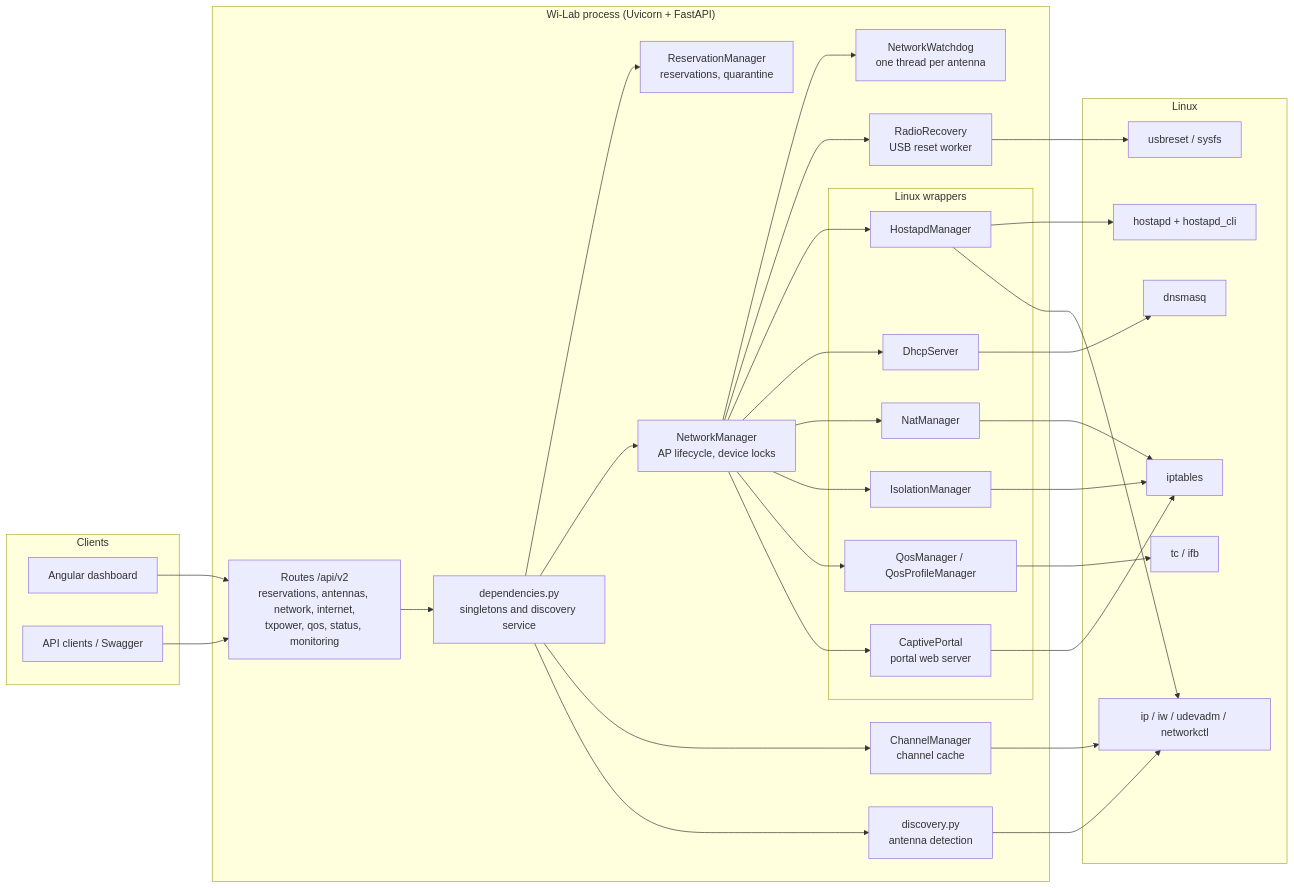
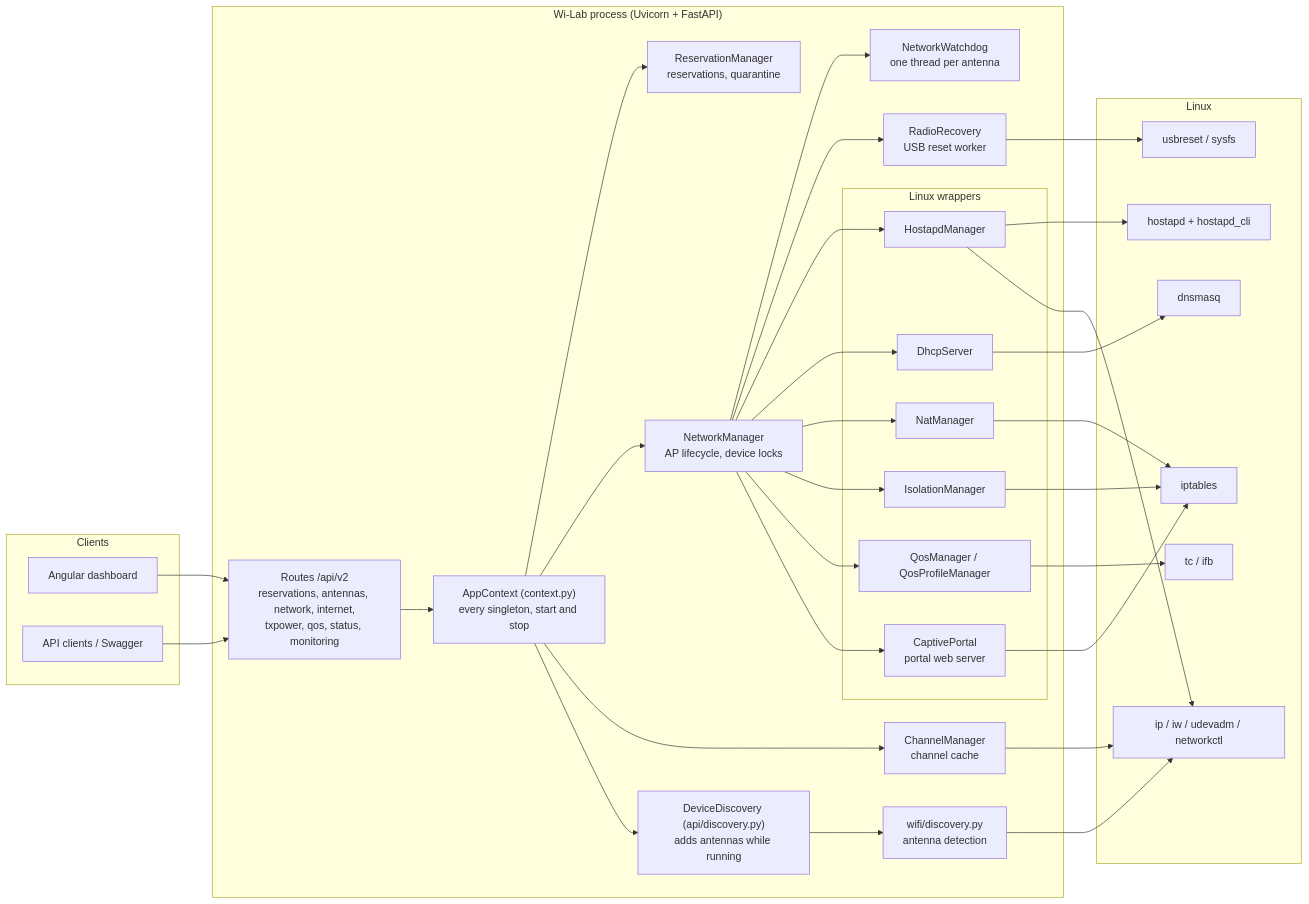
Before and after one commit to caporalesimone/wi-lab: the first of 15 diagrams in docs/architecture.md, drawn with Mermaid. The commit also changed other lines of this file and 1 other file, not shown here.

Commit message:
docs: AppContext startup and shutdown in architecture and changelog (ARCH-5)

````diff
--- a/docs/architecture.md
+++ b/docs/architecture.md
@@ -16,61 +16,63 @@
 ```mermaid
 flowchart LR
     subgraph Clients
         UI["Angular dashboard"]
         API["API clients / Swagger"]
     end
 
     subgraph Process["Wi-Lab process (Uvicorn + FastAPI)"]
         R["Routes /api/v2<br/>reservations, antennas, network, internet,<br/>txpower, qos, status, monitoring"]
-        D["dependencies.py<br/>singletons and discovery service"]
+        D["AppContext (context.py)<br/>every singleton, start and stop"]
         RM["ReservationManager<br/>reservations, quarantine"]
         NM["NetworkManager<br/>AP lifecycle, device locks"]
         WD["NetworkWatchdog<br/>one thread per antenna"]
         RR["RadioRecovery<br/>USB reset worker"]
         CM["ChannelManager<br/>channel cache"]
-        DISC["discovery.py<br/>antenna detection"]
+        DS2["DeviceDiscovery (api/discovery.py)<br/>adds antennas while running"]
+        DISC["wifi/discovery.py<br/>antenna detection"]
         subgraph Drivers["Linux wrappers"]
             HA["HostapdManager"]
             DH["DhcpServer"]
             NAT["NatManager"]
             ISO["IsolationManager"]
             QOS["QosManager / QosProfileManager"]
             CP["CaptivePortal<br/>portal web server"]
         end
     end
 
     subgraph Linux
         HOSTAPD["hostapd + hostapd_cli"]
         DNSMASQ["dnsmasq"]
         IPT["iptables"]
         TC["tc / ifb"]
         IPIW["ip / iw / udevadm / networkctl"]
         USB["usbreset / sysfs"]
     end
 
     UI --> R
     API --> R
     R --> D
     D --> RM
     D --> NM
     D --> CM
-    D --> DISC
+    D --> DS2
+    DS2 --> DISC
     NM --> WD
     NM --> RR
     NM --> HA
     NM --> DH
     NM --> NAT
     NM --> ISO
     NM --> QOS
     NM --> CP
     HA --> HOSTAPD
     HA --> IPIW
     DH --> DNSMASQ
     NAT --> IPT
     ISO --> IPT
     CP --> IPT
     QOS --> TC
     DISC --> IPIW
     CM --> IPIW
     RR --> USB
 ```
````
